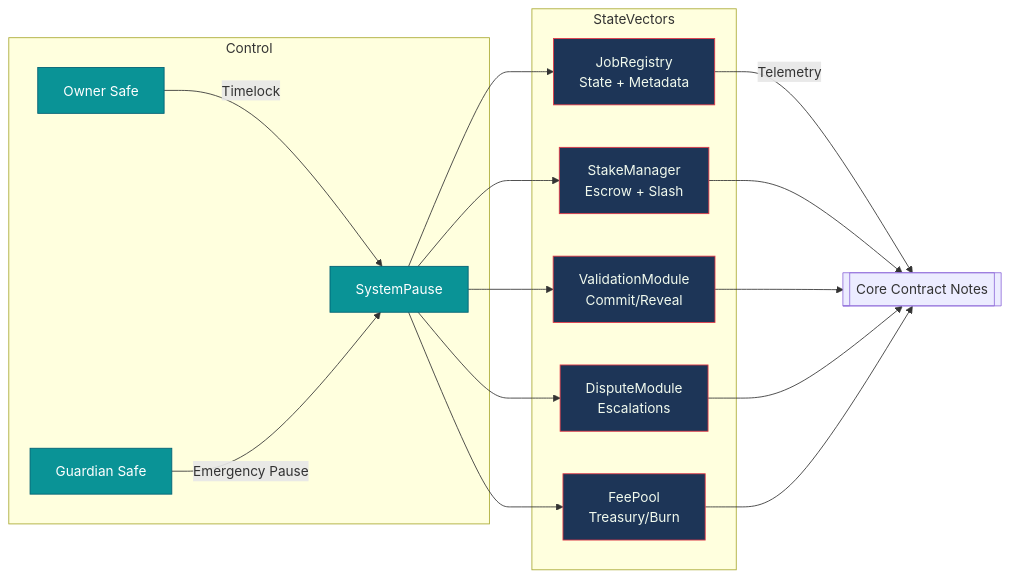
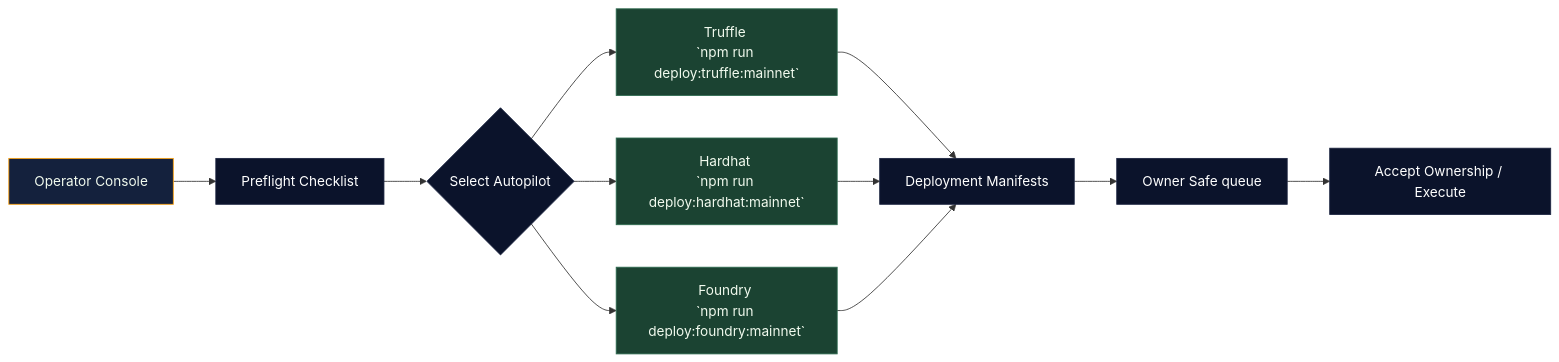
Before and after one commit to MontrealAI/agijobs-sovereign-labor-v0p1: the third of 3 diagrams in README.md, drawn with Mermaid. The commit also changed other lines of this file and 7 other files, not shown here.

````diff
--- a/README.md
+++ b/README.md
@@ -104,32 +175,21 @@
 ```mermaid
-graph LR
-    subgraph StateVectors
-        jobState[JobRegistry\nState + Metadata]
-        stakeState[StakeManager\nEscrow + Slash]
-        validateState[ValidationModule\nCommit/Reveal]
-        disputeState[DisputeModule\nEscalations]
-        feeState[FeePool\nTreasury/Burn]
-    end
-    subgraph Control
-        safe[Owner Safe]
-        pauseHub[SystemPause]
-        guardian[Guardian Safe]
-    end
-    safe -->|Timelock| pauseHub
-    guardian -->|Emergency Pause| pauseHub
-    pauseHub --> jobState
-    pauseHub --> stakeState
-    pauseHub --> validateState
-    pauseHub --> disputeState
-    pauseHub --> feeState
-    jobState -->|Telemetry| designDocs[[Core Contract Notes]]
-    stakeState --> designDocs
-    validateState --> designDocs
-    disputeState --> designDocs
-    feeState --> designDocs
+flowchart LR
+    operator[Operator Console]:::op --> preflight[Preflight Checklist]
+    preflight --> choice{Select Autopilot}
+    choice --> truffleAutopilot[Truffle \n`npm run deploy:truffle:mainnet`]
+    choice --> hardhatAutopilot[Hardhat \n`npm run deploy:hardhat:mainnet`]
+    choice --> foundryAutopilot[Foundry \n`npm run deploy:foundry:mainnet`]
+    truffleAutopilot --> manifests[Deployment Manifests]
+    hardhatAutopilot --> manifests
+    foundryAutopilot --> manifests
+    manifests --> safeQueue[Owner Safe queue]
+    safeQueue --> acceptance[Accept Ownership / Execute]
 
-    classDef state fill:#1d3557,stroke:#e63946,color:#f1faee;
-    classDef control fill:#0a9396,stroke:#005f73,color:#fff;
-    class jobState,stakeState,validateState,disputeState,feeState state;
-    class safe,pauseHub,guardian control;
+    classDef op fill:#14213d,stroke:#fca311,color:#f1faee;
+    classDef autopilot fill:#1b4332,stroke:#2d6a4f,color:#f1faee;
+    classDef node fill:#0b132b,stroke:#1c2541,color:#fff;
+
+    class operator op;
+    class truffleAutopilot,hardhatAutopilot,foundryAutopilot autopilot;
+    class preflight,choice,manifests,safeQueue,acceptance node;
 ```
````
